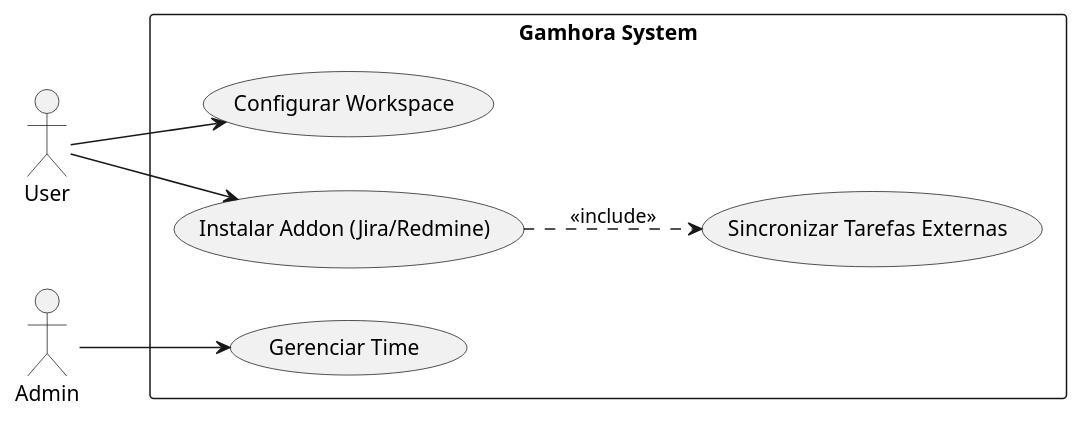
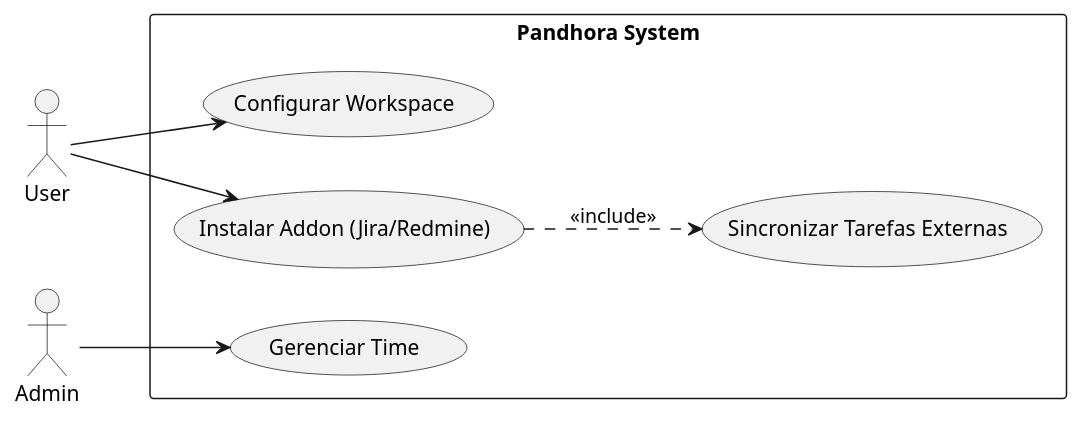
The diagram in docs/srs/diagrams/puml/uml/diagram-uml-001-use-case-setup.puml (Gustavohps10/gamhora), drawn with PlantUML before and after one commit. The commit also changed 317 other files, not shown here.

```diff
--- a/docs/srs/diagrams/puml/uml/diagram-uml-001-use-case-setup.puml
+++ b/docs/srs/diagrams/puml/uml/diagram-uml-001-use-case-setup.puml
@@ -1,17 +1,17 @@
 @startuml UseCaseSetup
 left to right direction
 actor "User" as U
 actor "Admin" as A
 
-rectangle "Gamhora System" {
+rectangle "Pandhora System" {
     usecase "Configurar Workspace" as UC1
     usecase "Instalar Addon (Jira/Redmine)" as UC2
     usecase "Sincronizar Tarefas Externas" as UC3
     usecase "Gerenciar Time" as UC4
 }
 
 U --> UC1
 U --> UC2
 UC2 ..> UC3 : <<include>>
 A --> UC4
 @enduml
```
